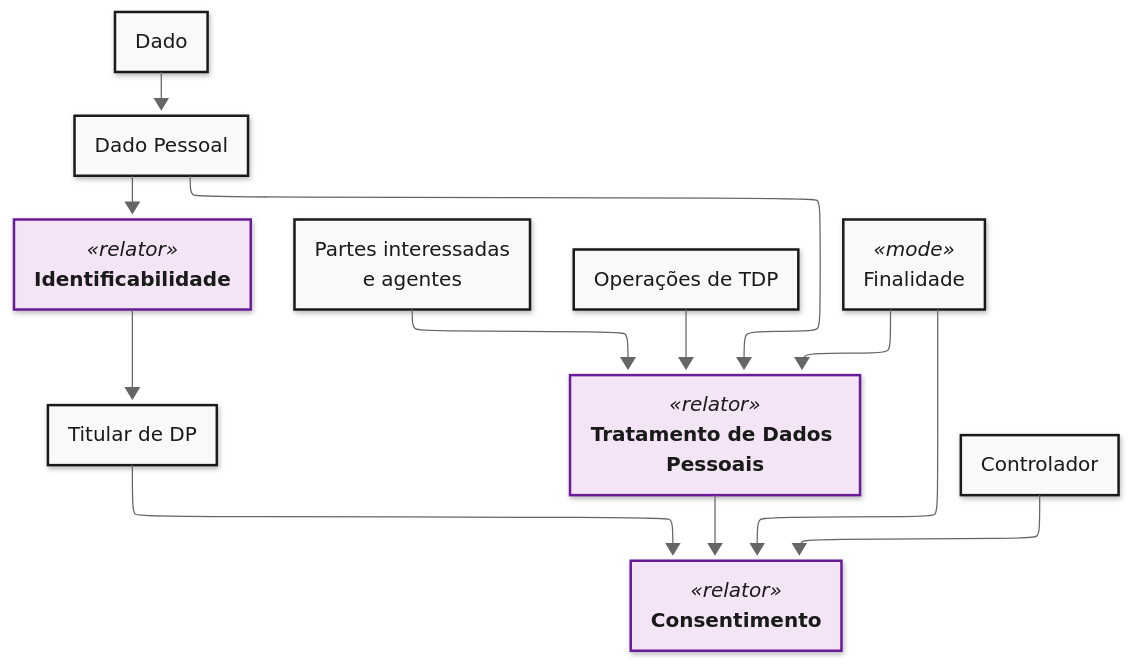
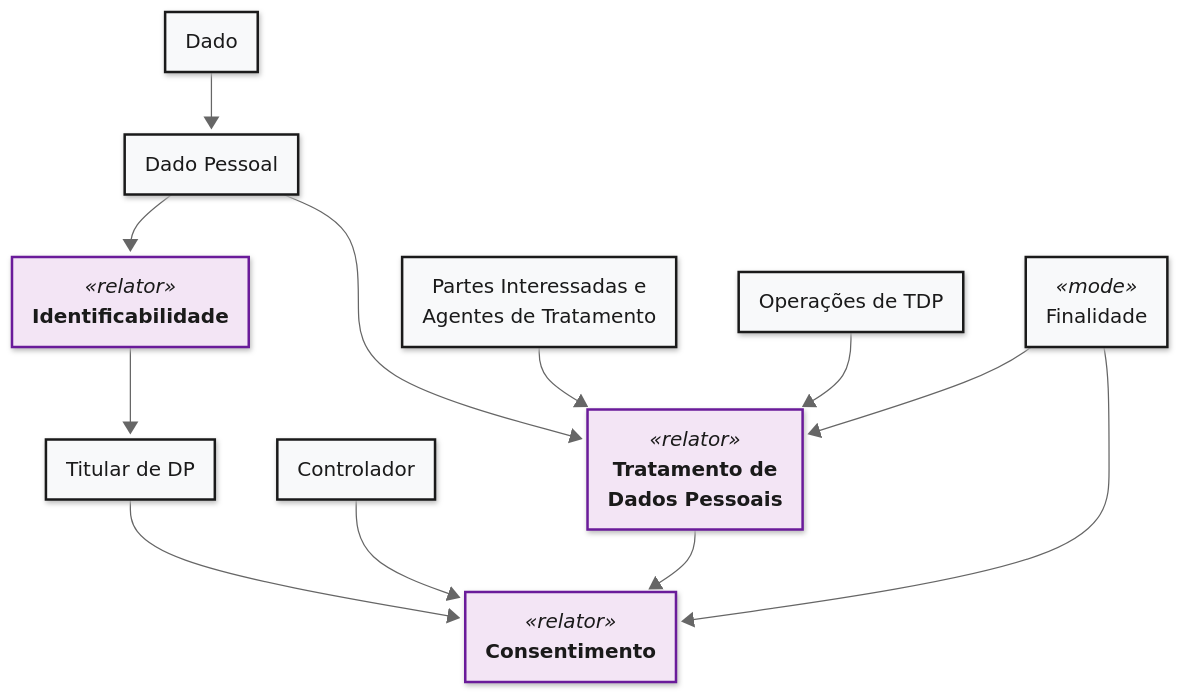
Before and after one commit to TNK443/Dissertacao: the first of 3 diagrams in ONTOPRIVACY/README.md, drawn with Mermaid. The commit also changed other lines of this file, not shown here.

````diff
--- a/ONTOPRIVACY/README.md
+++ b/ONTOPRIVACY/README.md
@@ -78,24 +78,22 @@
 ```mermaid
 ---
 config:
     theme: neutral
     look: neo
-    layout: elk
 ---
 flowchart
-    %% Laranja: Agentes (Pessoas/Organizações)
     classDef relator fill:#F3E5F5,stroke:#6A1B9A,stroke-width:2px,color:#1A1A1A;
     classDef geral   fill:#F8F9FA,stroke:#1A1A1A,stroke-width:2px,color:#1A1A1A;
 
     D["Dado"]:::geral --> DP["Dado Pessoal"]:::geral
     DP --> I["<i>«relator»</i>\n<b>Identificabilidade<b>"]:::relator
     I --> T["Titular de DP"]:::geral
-    DP --> TDP["<i>«relator»</i>\n<b>Tratamento de Dados Pessoais<b>"]:::relator
-    P["Partes interessadas\ne agentes"]:::geral --> TDP
+    DP --> TDP["<i>«relator»</i>\n<b>Tratamento de\n Dados Pessoais<b>"]:::relator
+    P["Partes Interessadas e\n Agentes de Tratamento"]:::geral --> TDP
     O["Operações de TDP"]:::geral --> TDP
     F["<i>«mode»</i>\nFinalidade"]:::geral --> TDP
     T --> C["<i>«relator»</i>\n<b>Consentimento<b>"]:::relator
     CTRL["Controlador"]:::geral --> C
     TDP --> C
     F --> C
 ```
````
